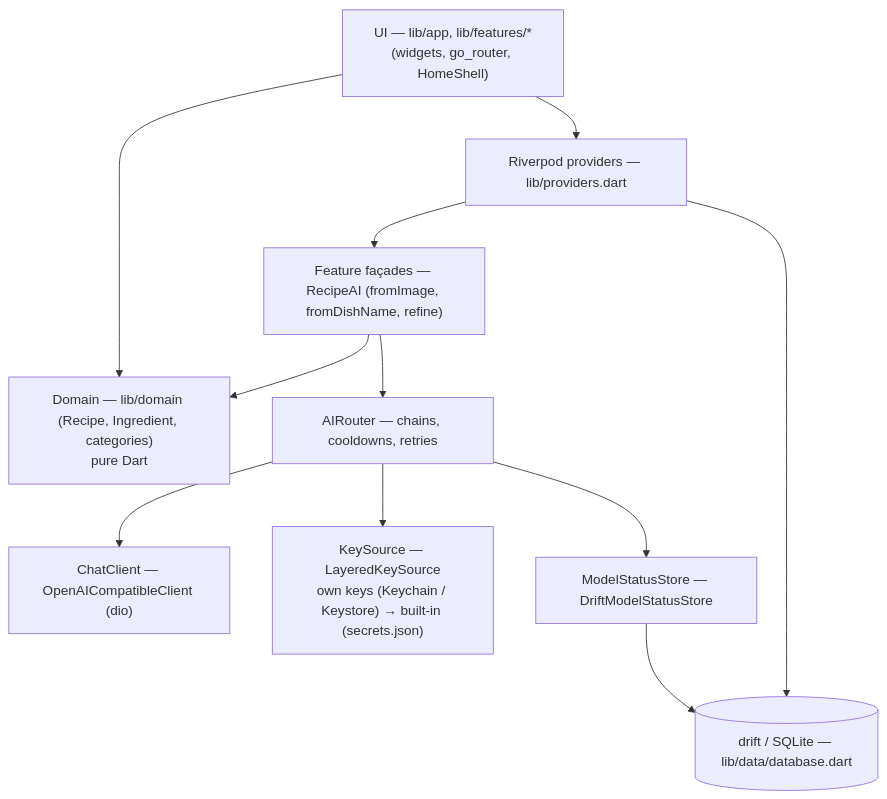
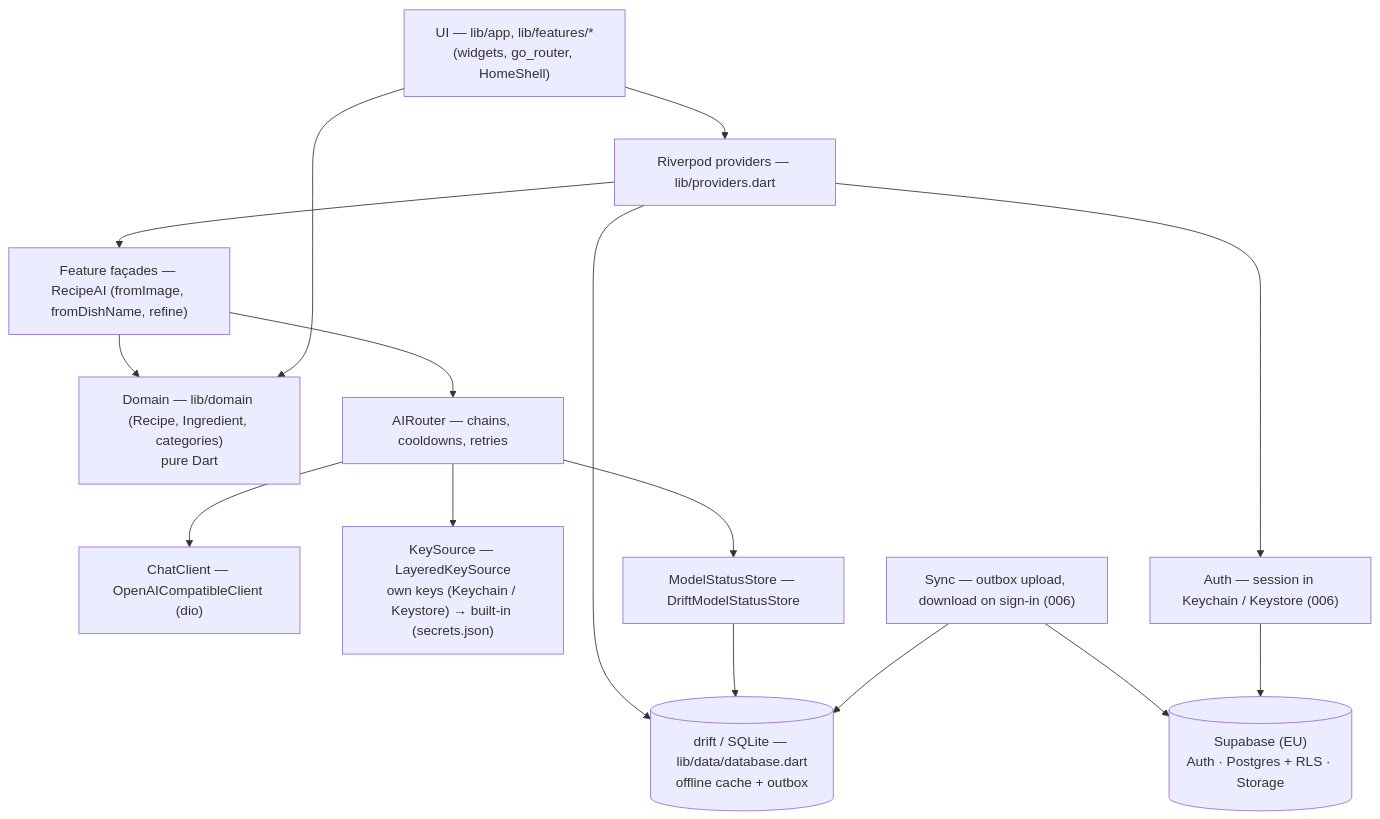
One commit to anjahubac/tavli changed the first of 3 diagrams in docs/architecture.md. Above: the diagram before and after it, drawn with Mermaid. The commit also changed other lines of this file and 10 other files, not shown here.

First line of the commit message:
docs(006): account required, all user data stored on Supabase

````diff
--- a/docs/architecture.md
+++ b/docs/architecture.md
@@ -5,23 +11,30 @@
 ```mermaid
 flowchart TD
   UI["UI — lib/app, lib/features/*<br/>(widgets, go_router, HomeShell)"]
   P["Riverpod providers — lib/providers.dart"]
   F["Feature façades — RecipeAI (fromImage, fromDishName, refine)"]
   D["Domain — lib/domain (Recipe, Ingredient, categories)<br/>pure Dart"]
   R["AIRouter — chains, cooldowns, retries"]
   C["ChatClient — OpenAICompatibleClient (dio)"]
   K["KeySource — LayeredKeySource<br/>own keys (Keychain / Keystore) → built-in (secrets.json)"]
   S["ModelStatusStore — DriftModelStatusStore"]
-  DB[("drift / SQLite — lib/data/database.dart")]
+  DB[("drift / SQLite — lib/data/database.dart<br/>offline cache + outbox")]
+  SY["Sync — outbox upload, download on sign-in (006)"]
+  AU["Auth — session in Keychain / Keystore (006)"]
+  SB[("Supabase (EU)<br/>Auth · Postgres + RLS · Storage")]
 
   UI --> P
   P --> F
   P --> DB
   F --> R
   F --> D
   R --> C
   R --> K
   R --> S
   S --> DB
   UI --> D
+  P --> AU
+  SY --> DB
+  SY --> SB
+  AU --> SB
 ```
````
